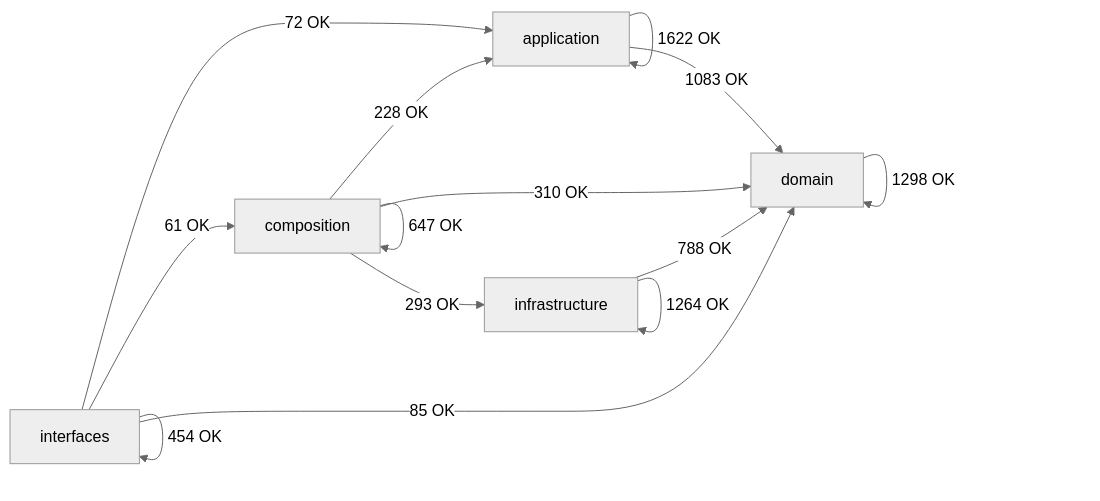
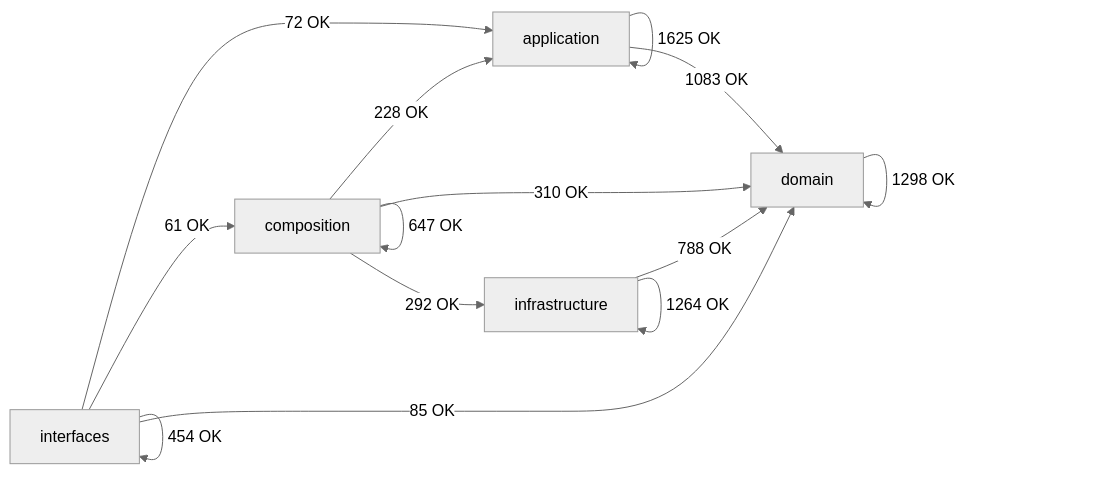
The diagram in docs/02-architecture/generated/module-dependency-map.md (SatoryKono/BioactivityDataAcquisition), drawn with Mermaid (neutral theme) before and after one commit. The commit also changed other lines of this file and 21 other files, not shown here.

````diff
--- a/docs/02-architecture/generated/module-dependency-map.md
+++ b/docs/02-architecture/generated/module-dependency-map.md
@@ -17,21 +17,21 @@
 ```mermaid
 flowchart LR
     domain[domain]
     application[application]
     infrastructure[infrastructure]
     composition[composition]
     interfaces[interfaces]
-    application -->|1622 OK| application
+    application -->|1625 OK| application
     application -->|1083 OK| domain
     composition -->|228 OK| application
     composition -->|647 OK| composition
     composition -->|310 OK| domain
-    composition -->|293 OK| infrastructure
+    composition -->|292 OK| infrastructure
     domain -->|1298 OK| domain
     infrastructure -->|788 OK| domain
     infrastructure -->|1264 OK| infrastructure
     interfaces -->|72 OK| application
     interfaces -->|61 OK| composition
     interfaces -->|85 OK| domain
     interfaces -->|454 OK| interfaces
 ```
````
